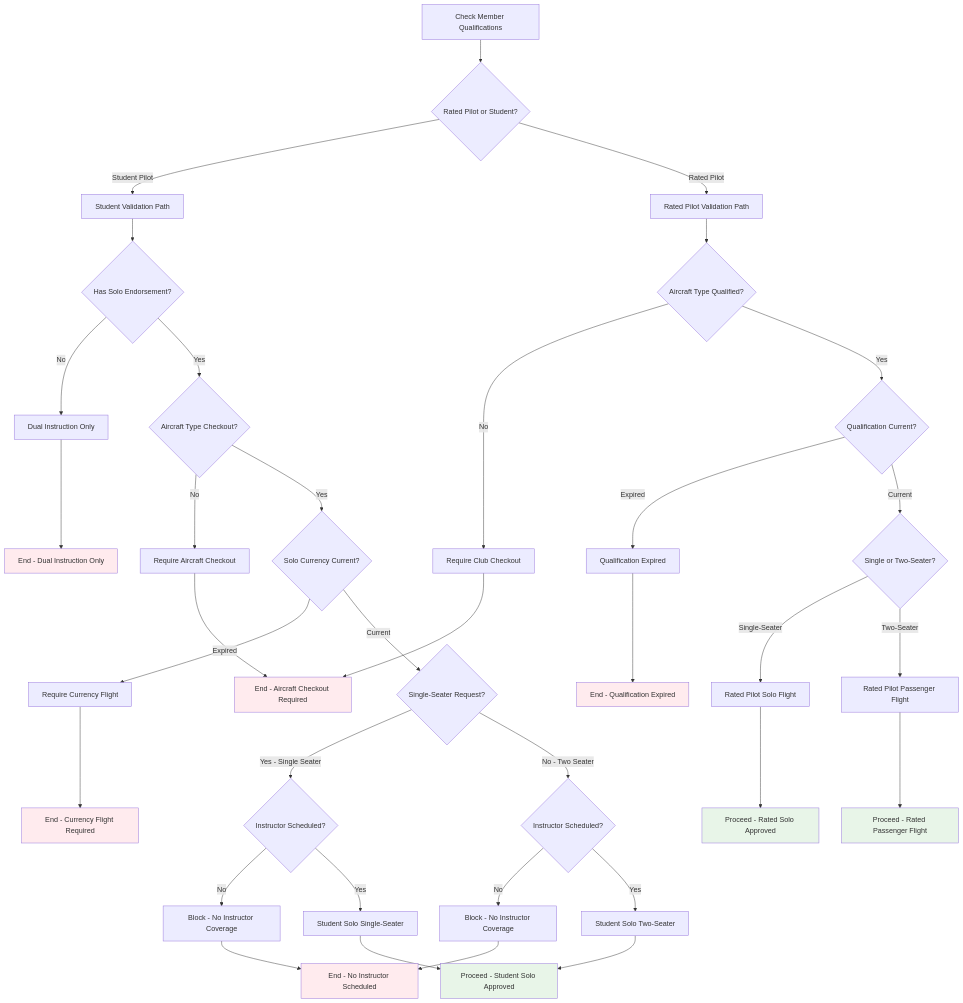
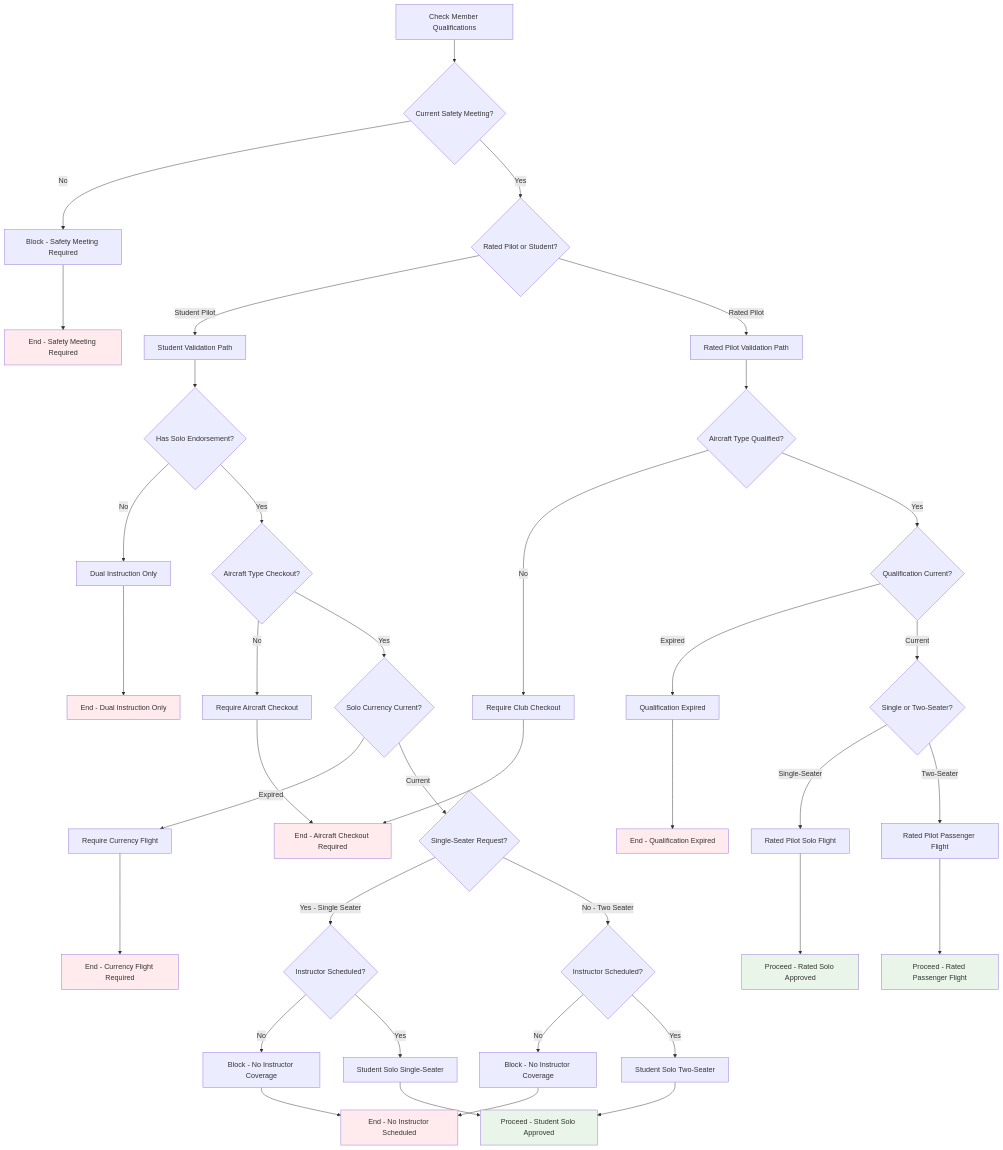
One commit to pietbarber/Manage2Soar changed the second of 5 diagrams in docs/workflows/issue-190-glider-reservation-design.md. Above: the diagram before and after it, drawn with Mermaid. The commit also changed other lines of this file, not shown here.

Commit message:
Refactor glider reservation workflow to introduce 'Guest Flying' option and enhance qualification checks. Update flowchart logic for improved clarity in reservation processes, including mandatory safety meeting validation and simplified conflict resolution.

````diff
--- a/docs/workflows/issue-190-glider-reservation-design.md
+++ b/docs/workflows/issue-190-glider-reservation-design.md
@@ -54,52 +56,57 @@
 ```mermaid
 flowchart TD
-    A[Check Member Qualifications] --> B{Rated Pilot or Student?}
+    A[Check Member Qualifications] --> A1{Current Safety Meeting?}
+    
+    A1 -->|No| A2[Block - Safety Meeting Required]
+    A1 -->|Yes| B{Rated Pilot or Student?}
     
     B -->|Student Pilot| C[Student Validation Path]
     B -->|Rated Pilot| D[Rated Pilot Validation Path]
     
     C --> E{Has Solo Endorsement?}
     E -->|No| F[Dual Instruction Only]
     E -->|Yes| G{Aircraft Type Checkout?}
     G -->|No| H[Require Aircraft Checkout]
     G -->|Yes| I{Solo Currency Current?}
     I -->|Expired| J[Require Currency Flight]
     I -->|Current| K{Single-Seater Request?}
     
     K -->|Yes - Single Seater| L{Instructor Scheduled?}
     L -->|No| M[Block - No Instructor Coverage]
     L -->|Yes| N[Student Solo Single-Seater]
     K -->|No - Two Seater| O{Instructor Scheduled?}
     O -->|No| P[Block - No Instructor Coverage]
     O -->|Yes| Q[Student Solo Two-Seater]
     
     D --> AA{Aircraft Type Qualified?}
     AA -->|No| R[Require Club Checkout]
     AA -->|Yes| S{Qualification Current?}
     S -->|Expired| T[Qualification Expired]
     S -->|Current| U{Single or Two-Seater?}
     
     U -->|Single-Seater| V[Rated Pilot Solo Flight]
     U -->|Two-Seater| W[Rated Pilot Passenger Flight]
     
+    A2 --> A3[End - Safety Meeting Required]
     F --> BB[End - Dual Instruction Only]
     H --> CC[End - Aircraft Checkout Required]
     J --> DD[End - Currency Flight Required]
     M --> EE[End - No Instructor Scheduled]
     N --> FF[Proceed - Student Solo Approved]
     P --> EE
     Q --> FF[Proceed - Student Solo Approved]
     R --> CC
     T --> JJ[End - Qualification Expired]
     V --> HH[Proceed - Rated Solo Approved]
     W --> II[Proceed - Rated Passenger Flight]
     
     style FF fill:#e8f5e8
     style HH fill:#e8f5e8
     style II fill:#e8f5e8
+    style A3 fill:#ffebee
     style BB fill:#ffebee
     style CC fill:#ffebee
     style DD fill:#ffebee
     style EE fill:#ffebee
     style JJ fill:#ffebee
 ```
````
